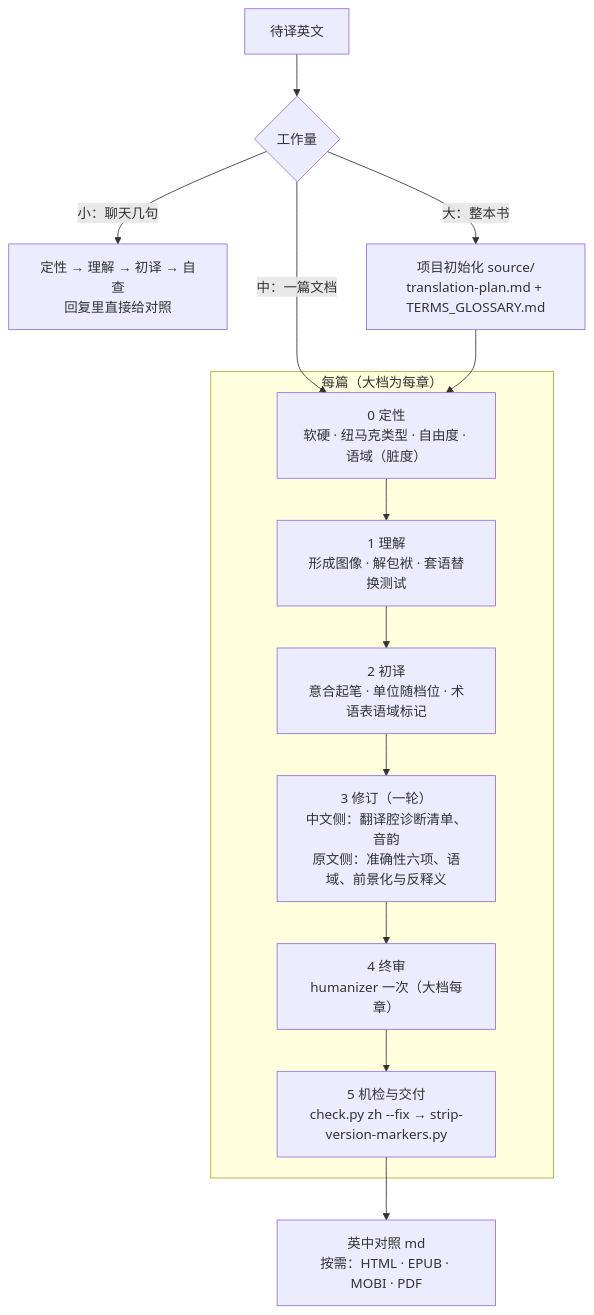
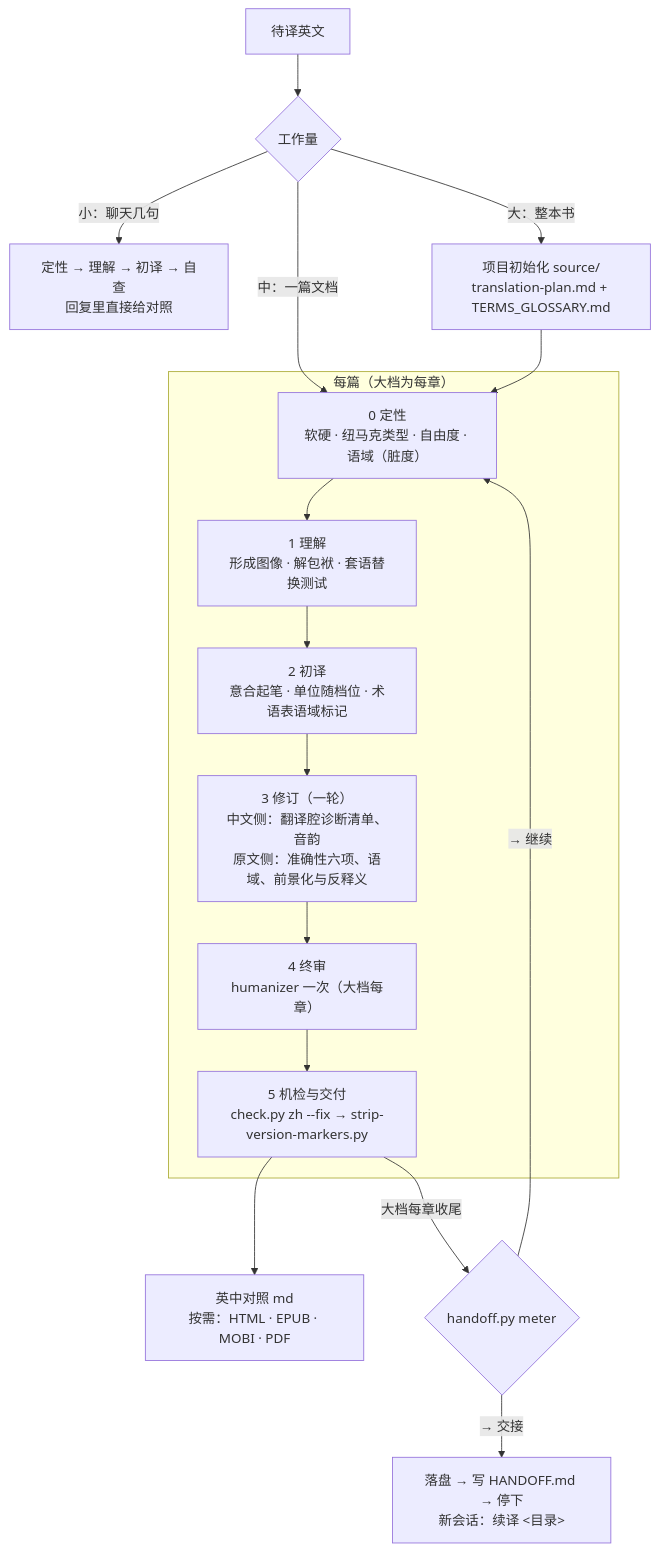
The diagram in references/workflow.md (3060226349kk-cmd/en-zh-max), drawn with Mermaid before and after one commit. The commit also changed other lines of this file and 6 other files, not shown here.

````diff
--- a/references/workflow.md
+++ b/references/workflow.md
@@ -3,20 +3,23 @@
 ```mermaid
 flowchart TB
     IN["待译英文"] --> TIER{"工作量"}
     TIER -->|"小：聊天几句"| S["定性 → 理解 → 初译 → 自查<br/>回复里直接给对照"]
     TIER -->|"中：一篇文档"| M0
     TIER -->|"大：整本书"| L0["项目初始化 source/<br/>translation-plan.md + TERMS_GLOSSARY.md"]
     L0 --> M0
 
     subgraph CH["每篇（大档为每章）"]
         M0["0 定性<br/>软硬 · 纽马克类型 · 自由度 · 语域（脏度）"]
         M1["1 理解<br/>形成图像 · 解包袱 · 套语替换测试"]
         M2["2 初译<br/>意合起笔 · 单位随档位 · 术语表语域标记"]
         M3["3 修订（一轮）<br/>中文侧：翻译腔诊断清单、音韵<br/>原文侧：准确性六项、语域、前景化与反释义"]
         M4["4 终审<br/>humanizer 一次（大档每章）"]
         M5["5 机检与交付<br/>check.py zh --fix → strip-version-markers.py"]
         M0 --> M1 --> M2 --> M3 --> M4 --> M5
     end
 
     M5 --> OUT["英中对照 md<br/>按需：HTML · EPUB · MOBI · PDF"]
+    M5 -->|"大档每章收尾"| HM{"handoff.py meter"}
+    HM -->|"→ 继续"| M0
+    HM -->|"→ 交接"| HO["落盘 → 写 HANDOFF.md → 停下<br/>新会话：续译 &lt;目录&gt;"]
 ```
````
